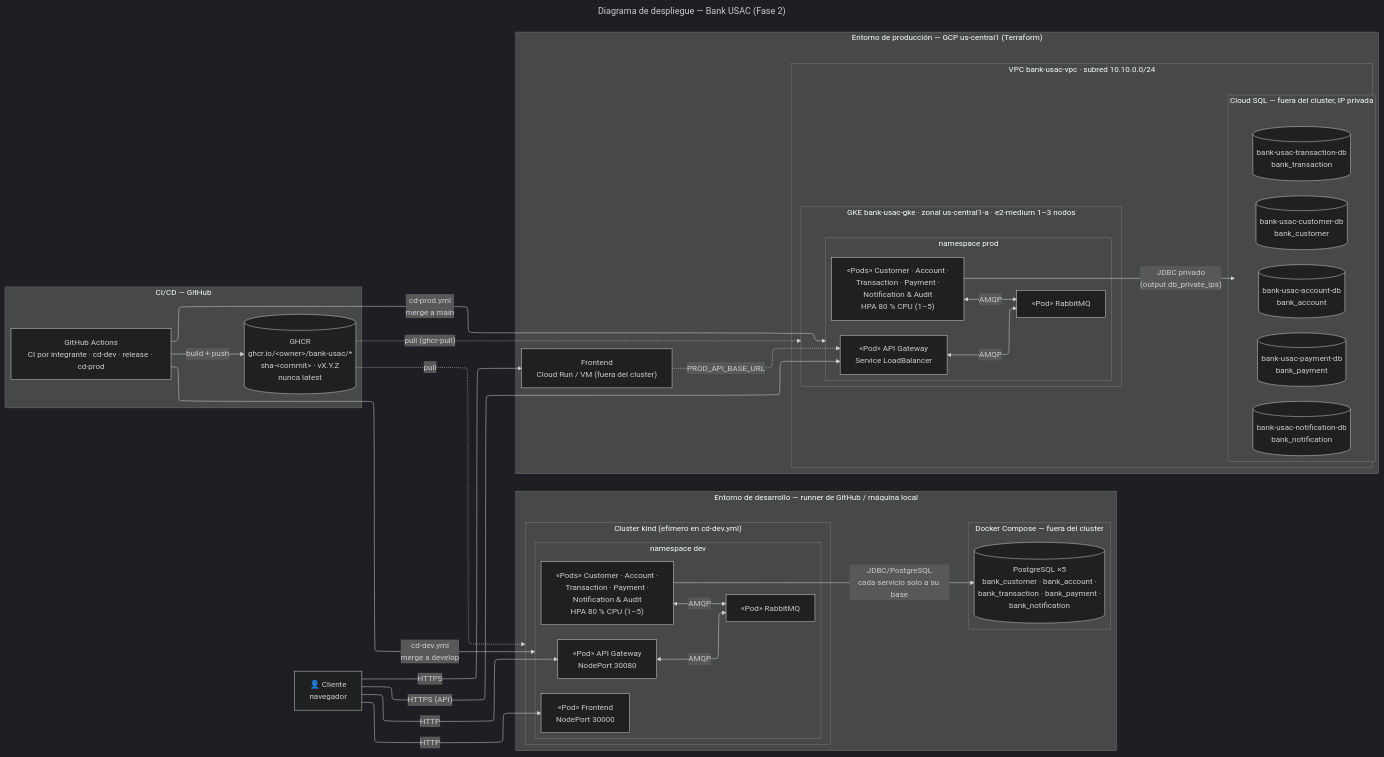
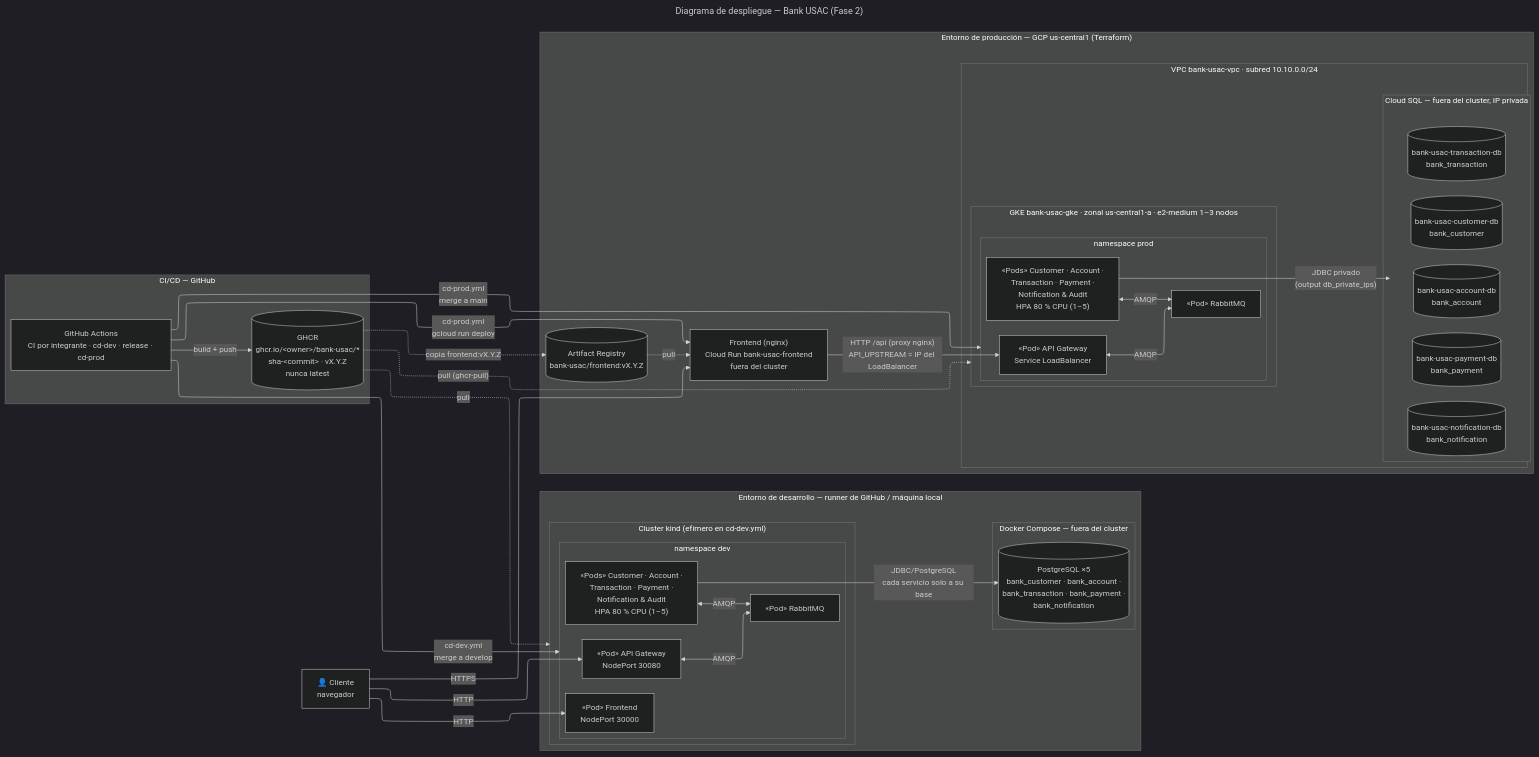
The diagram in docs/01-arquitectura/c4-src/deployment.mmd (Ahletz/Proyecto-SA-B-10), drawn with Mermaid (dark theme) before and after one commit. The commit also changed 16 other files, not shown here.

Commit message:
feat(prod): frontend en Cloud Run por pipeline (nginx con proxy /api, Artifact Registry en Terraform, cd-prod.yml) y diagramas/docs actualizados (Fase 2)

```diff
--- a/docs/01-arquitectura/c4-src/deployment.mmd
+++ b/docs/01-arquitectura/c4-src/deployment.mmd
@@ -1,72 +1,75 @@
 ---
 title: Diagrama de despliegue — Bank USAC (Fase 2)
 config:
   layout: elk
   flowchart:
     wrappingWidth: 260
 ---
 flowchart LR
     cliente["👤 Cliente<br>navegador"]
 
     subgraph cicd["CI/CD — GitHub"]
         direction TB
         actions["GitHub Actions<br>CI por integrante · cd-dev · release · cd-prod"]
         ghcr[("GHCR<br>ghcr.io/&lt;owner&gt;/bank-usac/*<br>sha-&lt;commit&gt; · vX.Y.Z<br>nunca latest")]
         actions -->|"build + push"| ghcr
     end
 
     subgraph dev["Entorno de desarrollo — runner de GitHub / máquina local"]
         direction TB
         subgraph kind["Cluster kind (efímero en cd-dev.yml)"]
             subgraph nsdev["namespace dev"]
                 direction TB
                 dgw["«Pod» API Gateway<br>NodePort 30080"]
                 dfe["«Pod» Frontend<br>NodePort 30000"]
                 dsvc["«Pods» Customer · Account ·<br>Transaction · Payment ·<br>Notification &amp; Audit<br>HPA 80 % CPU (1–5)"]
                 dmq["«Pod» RabbitMQ"]
             end
         end
         subgraph compose["Docker Compose — fuera del cluster"]
             ddb[("PostgreSQL ×5<br>bank_customer · bank_account ·<br>bank_transaction · bank_payment ·<br>bank_notification")]
         end
         dgw <-->|AMQP| dmq
         dsvc <-->|AMQP| dmq
         dsvc -->|"JDBC/PostgreSQL<br>cada servicio solo a su base"| ddb
     end
 
     subgraph gcp["Entorno de producción — GCP us-central1 (Terraform)"]
         direction TB
         subgraph vpc["VPC bank-usac-vpc · subred 10.10.0.0/24"]
             subgraph gke["GKE bank-usac-gke · zonal us-central1-a · e2-medium 1–3 nodos"]
                 subgraph nsprod["namespace prod"]
                     direction TB
                     pgw["«Pod» API Gateway<br>Service LoadBalancer"]
                     psvc["«Pods» Customer · Account ·<br>Transaction · Payment ·<br>Notification &amp; Audit<br>HPA 80 % CPU (1–5)"]
                     pmq["«Pod» RabbitMQ"]
                 end
             end
             subgraph csql["Cloud SQL — fuera del cluster, IP privada"]
                 direction TB
                 sc[("bank-usac-customer-db<br>bank_customer")]
                 sa[("bank-usac-account-db<br>bank_account")]
                 st[("bank-usac-transaction-db<br>bank_transaction")]
                 sp[("bank-usac-payment-db<br>bank_payment")]
                 sn[("bank-usac-notification-db<br>bank_notification")]
             end
         end
-        pfe["Frontend<br>Cloud Run / VM (fuera del cluster)"]
+        pfe["Frontend (nginx)<br>Cloud Run bank-usac-frontend<br>fuera del cluster"]
+        gar[("Artifact Registry<br>bank-usac/frontend:vX.Y.Z")]
         pgw <-->|AMQP| pmq
         psvc <-->|AMQP| pmq
         psvc -->|"JDBC privado<br>(output db_private_ips)"| csql
     end
 
     cliente -->|HTTP| dfe
     cliente -->|HTTP| dgw
     cliente -->|HTTPS| pfe
-    cliente -->|"HTTPS (API)"| pgw
-    pfe -.->|"PROD_API_BASE_URL"| pgw
+    pfe -->|"HTTP /api (proxy nginx)<br>API_UPSTREAM = IP del LoadBalancer"| pgw
 
     actions -->|"cd-dev.yml<br>merge a develop"| nsdev
     actions -->|"cd-prod.yml<br>merge a main"| nsprod
+    actions -->|"cd-prod.yml<br>gcloud run deploy"| pfe
+    ghcr -.->|"copia frontend:vX.Y.Z"| gar
+    gar -.->|pull| pfe
     ghcr -.->|pull| kind
     ghcr -.->|"pull (ghcr-pull)"| gke
```
